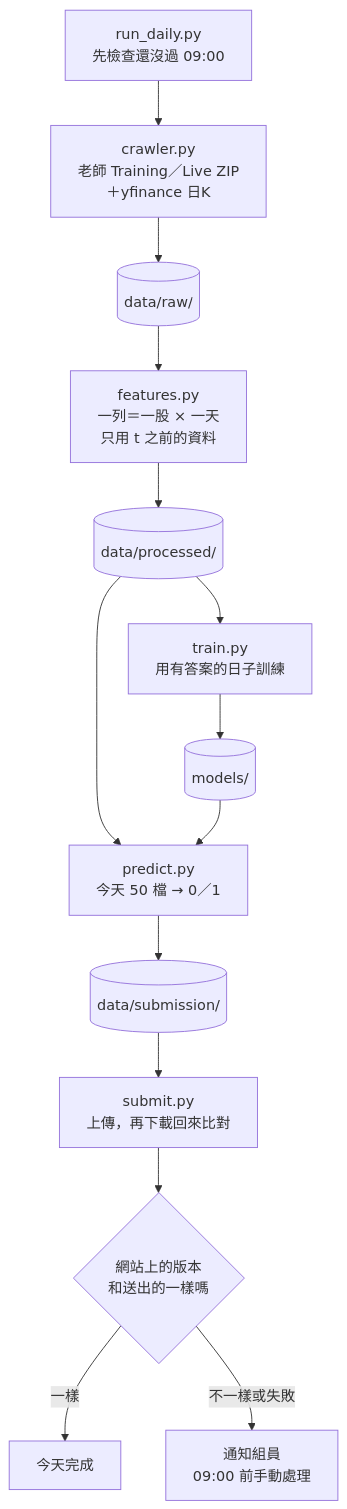
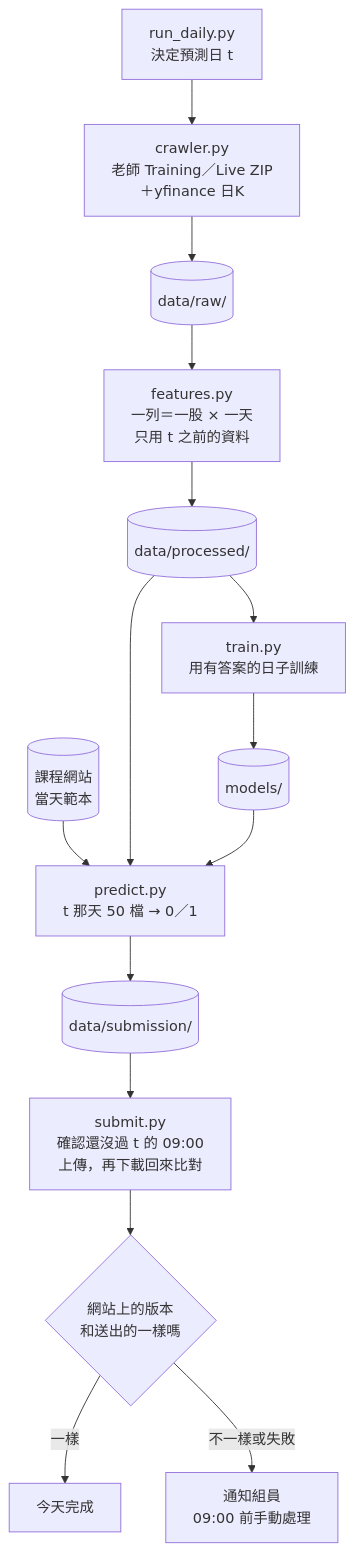
The diagram in README.md (jiangjiangian/ml-final-2026-fall), drawn with Mermaid before and after one commit. The commit also changed other lines of this file and 14 other files, not shown here.

````diff
--- a/README.md
+++ b/README.md
@@ -46,16 +66,17 @@
 ```mermaid
 flowchart TD
-  A["run_daily.py<br/>先檢查還沒過 09:00"] --> B["crawler.py<br/>老師 Training／Live ZIP<br/>＋yfinance 日K"]
+  A["run_daily.py<br/>決定預測日 t"] --> B["crawler.py<br/>老師 Training／Live ZIP<br/>＋yfinance 日K"]
   B --> R[("data/raw/")]
   R --> C["features.py<br/>一列＝一股 × 一天<br/>只用 t 之前的資料"]
   C --> P[("data/processed/")]
   P --> D["train.py<br/>用有答案的日子訓練"]
   D --> M[("models/")]
-  P --> E["predict.py<br/>今天 50 檔 → 0／1"]
+  T[("課程網站<br/>當天範本")] --> E
+  P --> E["predict.py<br/>t 那天 50 檔 → 0／1"]
   M --> E
   E --> S[("data/submission/")]
-  S --> F["submit.py<br/>上傳，再下載回來比對"]
+  S --> F["submit.py<br/>確認還沒過 t 的 09:00<br/>上傳，再下載回來比對"]
   F --> G{"網站上的版本<br/>和送出的一樣嗎"}
   G -- "一樣" --> OK["今天完成"]
   G -- "不一樣或失敗" --> H["通知組員<br/>09:00 前手動處理"]
 ```
````
